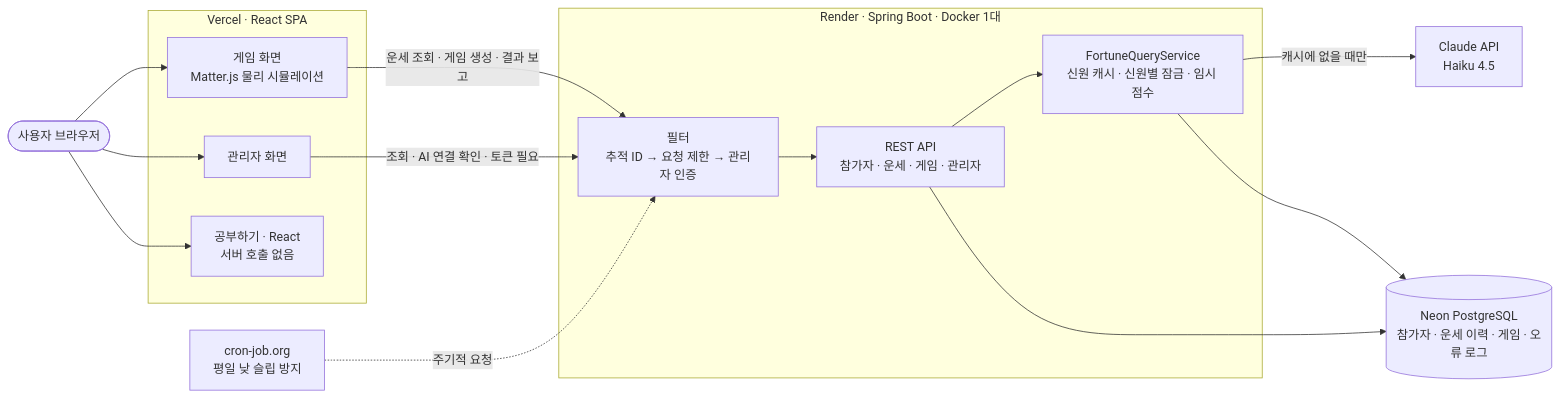
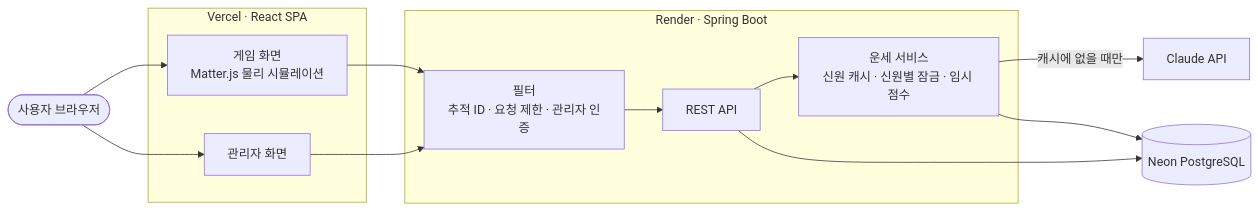
The diagram in README.md (tmdgus0324/lucky-pinball-ai), drawn with Mermaid before and after one commit. The commit also changed other lines of this file and 90 other files, not shown here.

````diff
--- a/README.md
+++ b/README.md
@@ -30,29 +29,25 @@
 ```mermaid
 flowchart LR
     user(["사용자 브라우저"])
     subgraph vercel["Vercel · React SPA"]
         game["게임 화면<br/>Matter.js 물리 시뮬레이션"]
         admin["관리자 화면"]
-        study["공부하기 · React<br/>서버 호출 없음"]
     end
-    subgraph render["Render · Spring Boot · Docker 1대"]
-        filters["필터<br/>추적 ID → 요청 제한 → 관리자 인증"]
-        api["REST API<br/>참가자 · 운세 · 게임 · 관리자"]
-        fortune["FortuneQueryService<br/>신원 캐시 · 신원별 잠금 · 임시 점수"]
+    subgraph render["Render · Spring Boot"]
+        filters["필터<br/>추적 ID · 요청 제한 · 관리자 인증"]
+        api["REST API"]
+        fortune["운세 서비스<br/>신원 캐시 · 신원별 잠금 · 임시 점수"]
     end
-    neon[("Neon PostgreSQL<br/>참가자 · 운세 이력 · 게임 · 오류 로그")]
-    claude["Claude API<br/>Haiku 4.5"]
-    cron["cron-job.org<br/>평일 낮 슬립 방지"]
+    neon[("Neon PostgreSQL")]
+    claude["Claude API"]
 
     user --> game
     user --> admin
-    user --> study
-    game -- "운세 조회 · 게임 생성 · 결과 보고" --> filters
-    admin -- "조회 · AI 연결 확인 · 토큰 필요" --> filters
+    game --> filters
+    admin --> filters
     filters --> api
     api --> fortune
     fortune -- "캐시에 없을 때만" --> claude
     api --> neon
     fortune --> neon
-    cron -. "주기적 요청" .-> filters
 ```
````
